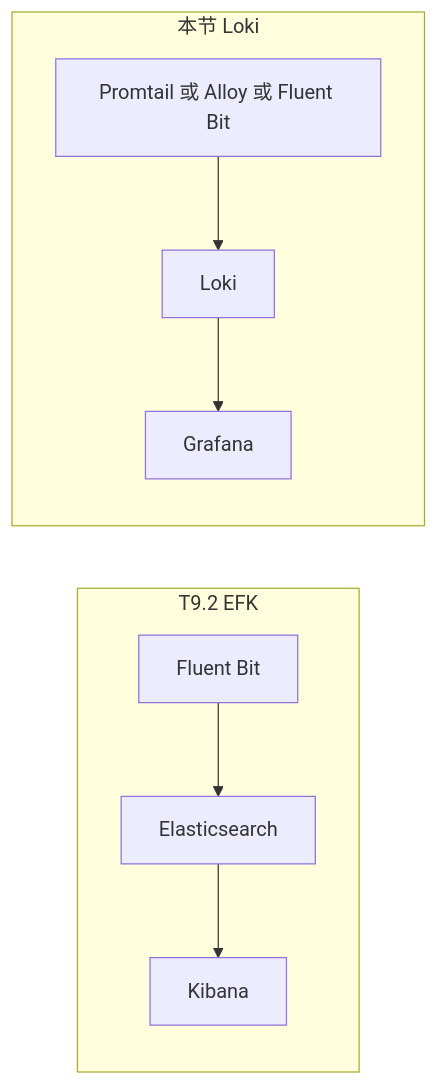
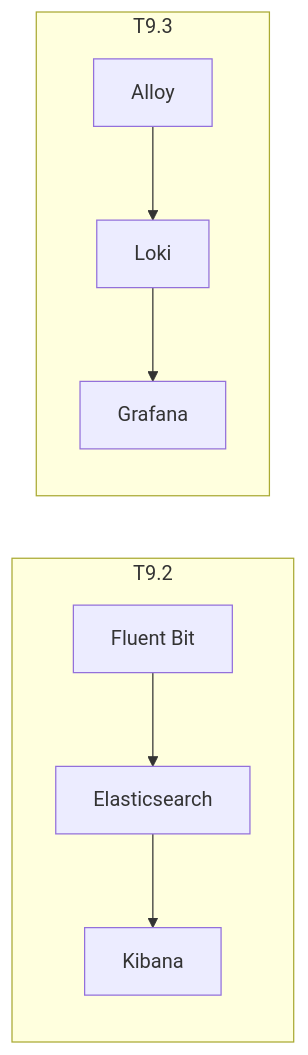
Before and after one commit to brinnatt/kubeauto: diagram 35 of 43 in docs/efk/EFK.md, drawn with Mermaid. The commit also changed other lines of this file, not shown here.

Commit message:
update EFK

````diff
--- a/docs/efk/EFK.md
+++ b/docs/efk/EFK.md
@@ -2060,12 +2054,9 @@
 ```mermaid
 flowchart LR
-  subgraph efk2["T9.2 EFK"]
-    FB1["Fluent Bit"] --> ES["Elasticsearch"]
-    ES --> KB["Kibana"]
+  subgraph efk["T9.2"]
+    FB[Fluent Bit] --> ES[Elasticsearch] --> KB[Kibana]
   end
-  subgraph lok2["本节 Loki"]
-    AG2["Promtail 或 Alloy 或 Fluent Bit"]
-    AG2 --> LO2["Loki"]
-    LO2 --> GF2["Grafana"]
+  subgraph loki_stack["T9.3"]
+    AL[Alloy] --> LO[Loki] --> GF[Grafana]
   end
 ```
````
